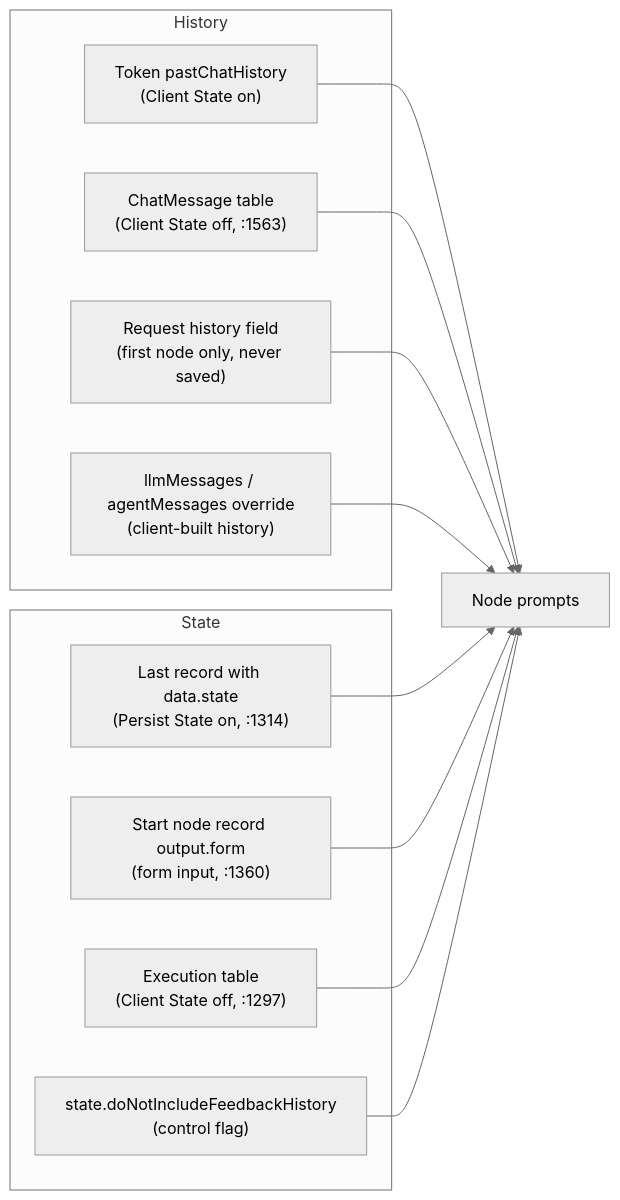
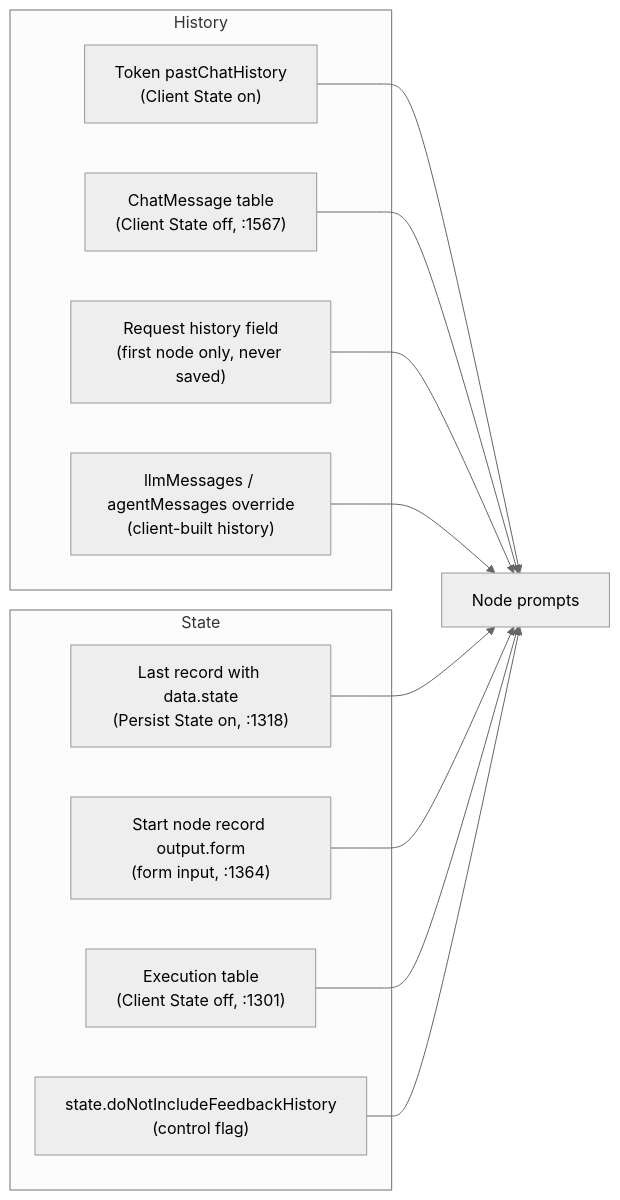
Before and after one commit to 4thOffice/Flowise: the diagram in plans/agentflow-trusted-state/00c-findings.md, drawn with Mermaid (neutral theme). The commit also changed other lines of this file and 6 other files, not shown here.

````diff
--- a/plans/agentflow-trusted-state/00c-findings.md
+++ b/plans/agentflow-trusted-state/00c-findings.md
@@ -12,17 +12,17 @@
 ```mermaid
 flowchart LR
     subgraph History
       H1["Token pastChatHistory<br/>(Client State on)"]
-      H2["ChatMessage table<br/>(Client State off, :1563)"]
+      H2["ChatMessage table<br/>(Client State off, :1567)"]
       H3["Request history field<br/>(first node only, never saved)"]
       H4["llmMessages / agentMessages override<br/>(client-built history)"]
     end
     subgraph State
-      S1["Last record with data.state<br/>(Persist State on, :1314)"]
-      S2["Start node record output.form<br/>(form input, :1360)"]
-      S3["Execution table<br/>(Client State off, :1297)"]
+      S1["Last record with data.state<br/>(Persist State on, :1318)"]
+      S2["Start node record output.form<br/>(form input, :1364)"]
+      S3["Execution table<br/>(Client State off, :1301)"]
       S4["state.doNotIncludeFeedbackHistory<br/>(control flag)"]
     end
     H1 & H2 & H3 & H4 --> Nodes["Node prompts"]
     S1 & S2 & S3 & S4 --> Nodes
 ```
````
